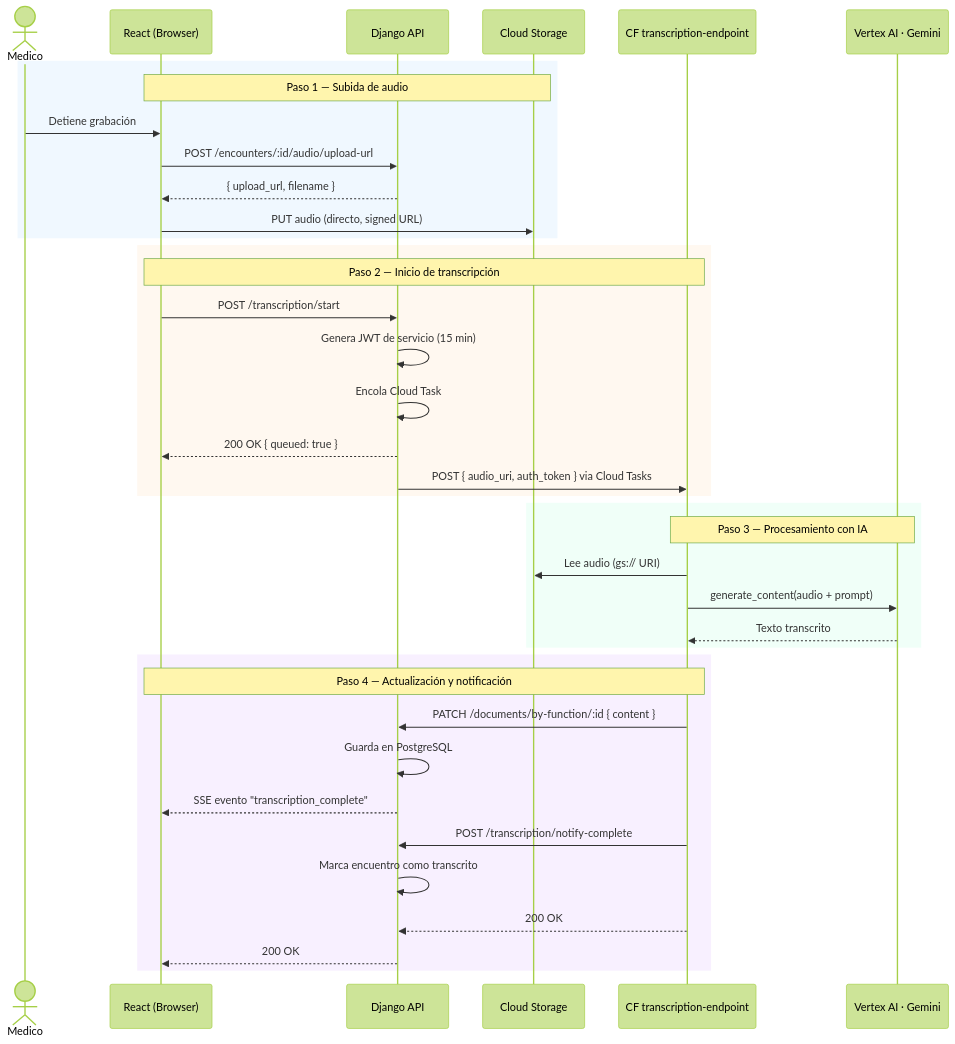
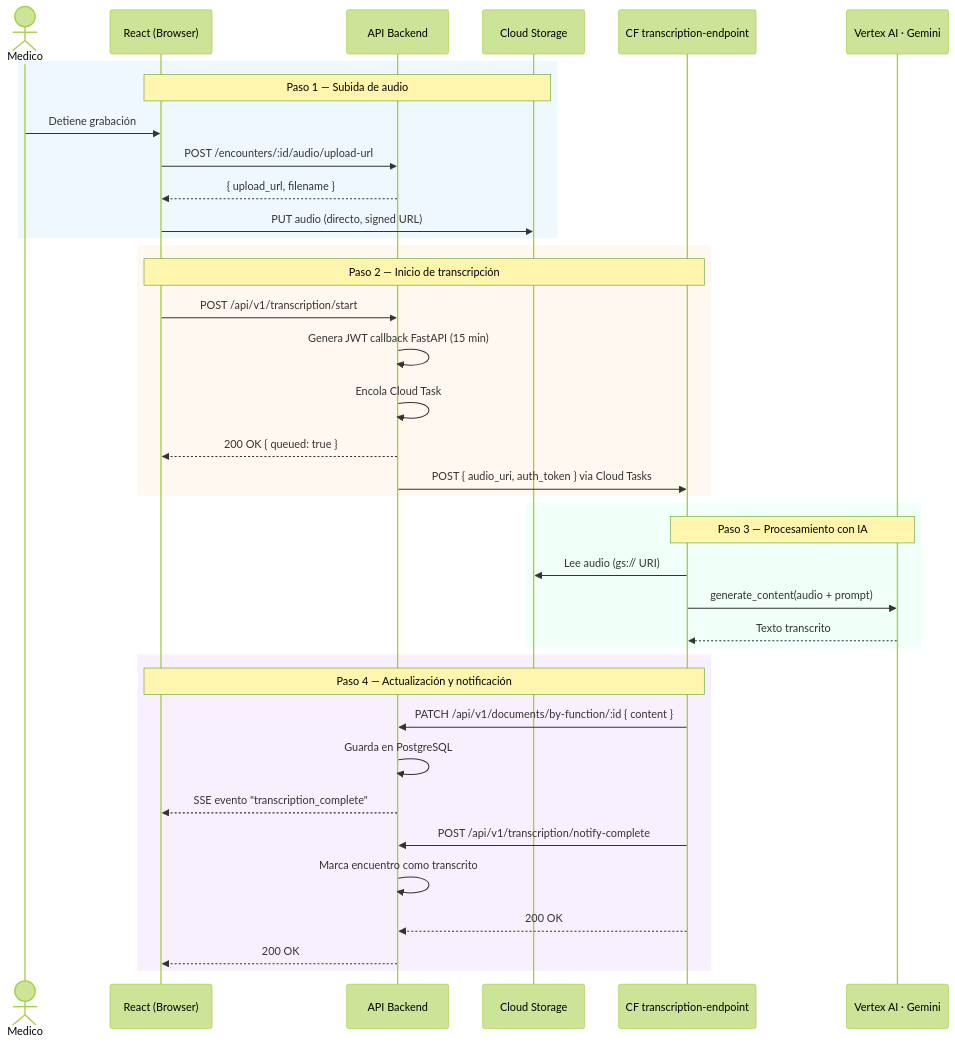
The second of 3 diagrams in docs/architecture/system-overview.md (Jmoreno844/medical-ai-webapp), drawn with Mermaid (forest theme) before and after one commit. The commit also changed other lines of this file and 85 other files, not shown here.

````diff
--- a/docs/architecture/system-overview.md
+++ b/docs/architecture/system-overview.md
@@ -58,44 +58,44 @@
 ```mermaid
 sequenceDiagram
     actor Medico
     participant Browser as React (Browser)
-    participant Django as Django API
+    participant Django as API Backend
     participant GCS as Cloud Storage
     participant CF as CF transcription-endpoint
     participant Gemini as Vertex AI · Gemini
 
     rect rgb(240, 248, 255)
         note over Browser,GCS: Paso 1 — Subida de audio
         Medico->>Browser: Detiene grabación
         Browser->>Django: POST /encounters/:id/audio/upload-url
         Django-->>Browser: { upload_url, filename }
         Browser->>GCS: PUT audio (directo, signed URL)
     end
 
     rect rgb(255, 248, 240)
         note over Browser,CF: Paso 2 — Inicio de transcripción
-        Browser->>Django: POST /transcription/start
-        Django->>Django: Genera JWT de servicio (15 min)
+        Browser->>Django: POST /api/v1/transcription/start
+        Django->>Django: Genera JWT callback FastAPI (15 min)
         Django->>Django: Encola Cloud Task
         Django-->>Browser: 200 OK { queued: true }
         Django->>CF: POST { audio_uri, auth_token } via Cloud Tasks
     end
 
     rect rgb(240, 255, 248)
         note over CF,Gemini: Paso 3 — Procesamiento con IA
         CF->>GCS: Lee audio (gs:// URI)
         CF->>Gemini: generate_content(audio + prompt)
         Gemini-->>CF: Texto transcrito
     end
 
     rect rgb(248, 240, 255)
         note over CF,Browser: Paso 4 — Actualización y notificación
-        CF->>Django: PATCH /documents/by-function/:id { content }
+        CF->>Django: PATCH /api/v1/documents/by-function/:id { content }
         Django->>Django: Guarda en PostgreSQL
         Django-->>Browser: SSE evento "transcription_complete"
-        CF->>Django: POST /transcription/notify-complete
+        CF->>Django: POST /api/v1/transcription/notify-complete
         Django->>Django: Marca encuentro como transcrito
         CF-->>Django: 200 OK
         Django-->>Browser: 200 OK
     end
 ```
````
